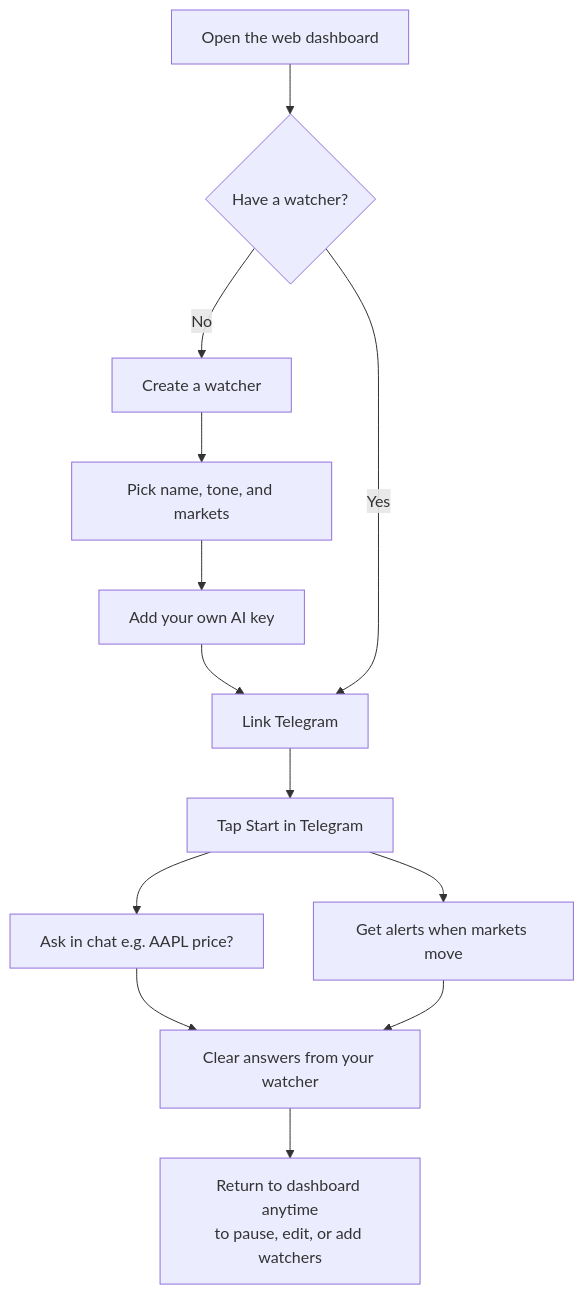
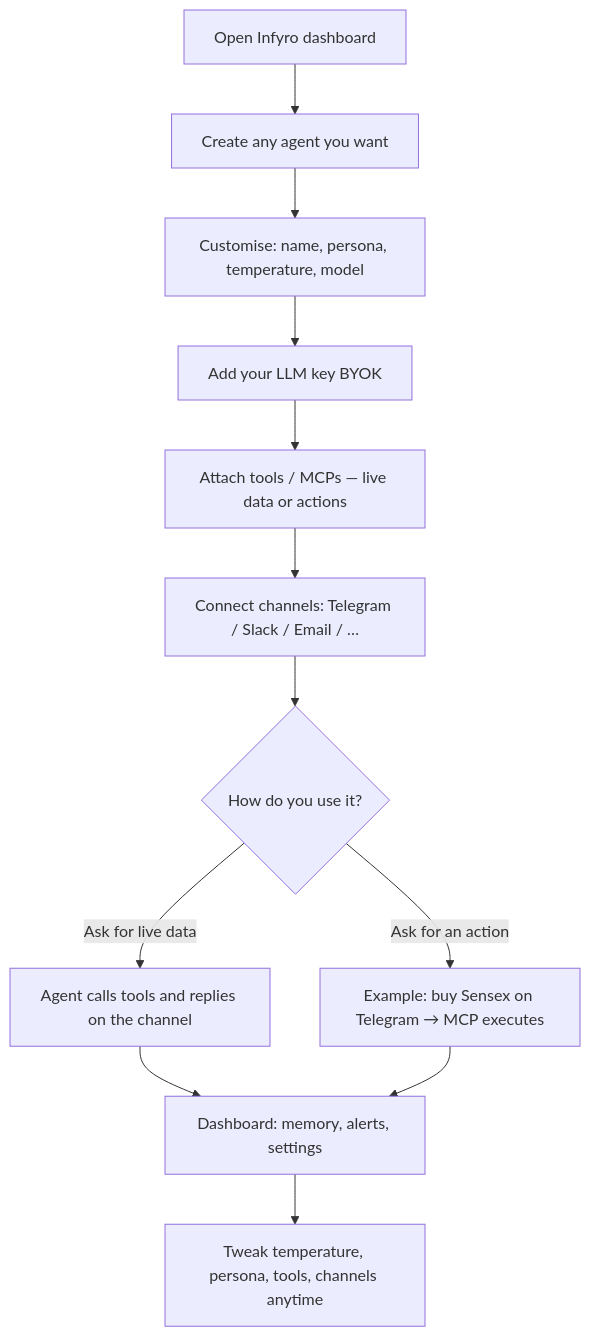
The first of 2 diagrams in README.md (dv7453/infyro), drawn with Mermaid before and after one commit. The commit also changed other lines of this file and 1 other file, not shown here.

Commit message:
Reframe UX flow as multi-channel custom agents, not finance-only.

````diff
--- a/README.md
+++ b/README.md
@@ -14,15 +16,14 @@
 ```mermaid
 flowchart TD
-  A[Open the web dashboard] --> B{Have a watcher?}
-  B -->|No| C[Create a watcher]
-  C --> D[Pick name, tone, and markets]
-  D --> E[Add your own AI key]
-  E --> F[Link Telegram]
-  B -->|Yes| F
-  F --> G[Tap Start in Telegram]
-  G --> H[Ask in chat e.g. AAPL price?]
-  G --> I[Get alerts when markets move]
-  H --> J[Clear answers from your watcher]
+  A[Open Infyro dashboard] --> B[Create any agent you want]
+  B --> C[Customise: name, persona, temperature, model]
+  C --> D[Add your LLM key BYOK]
+  D --> E[Attach tools / MCPs — live data or actions]
+  E --> F[Connect channels: Telegram / Slack / Email / …]
+  F --> G{How do you use it?}
+  G -->|Ask for live data| H[Agent calls tools and replies on the channel]
+  G -->|Ask for an action| I[Example: buy Sensex on Telegram → MCP executes]
+  H --> J[Dashboard: memory, alerts, settings]
   I --> J
-  J --> K[Return to dashboard anytime\nto pause, edit, or add watchers]
+  J --> K[Tweak temperature, persona, tools, channels anytime]
 ```
````
